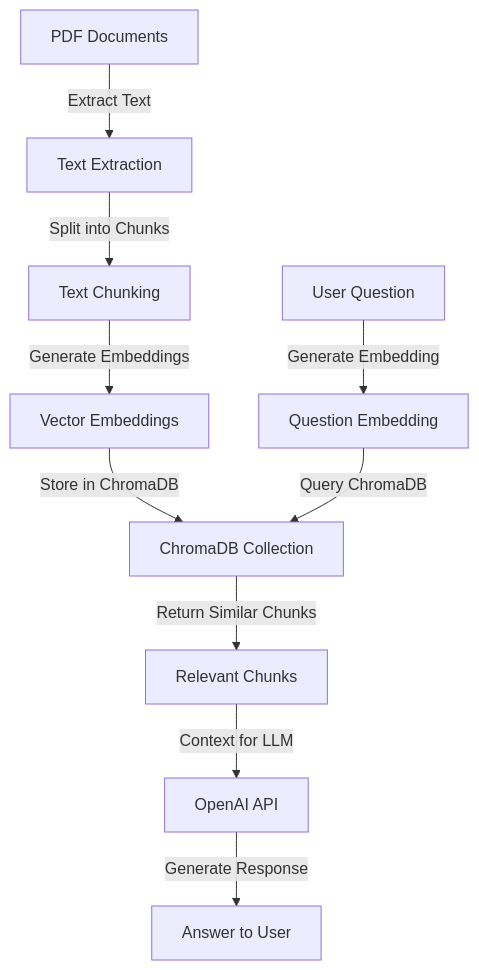
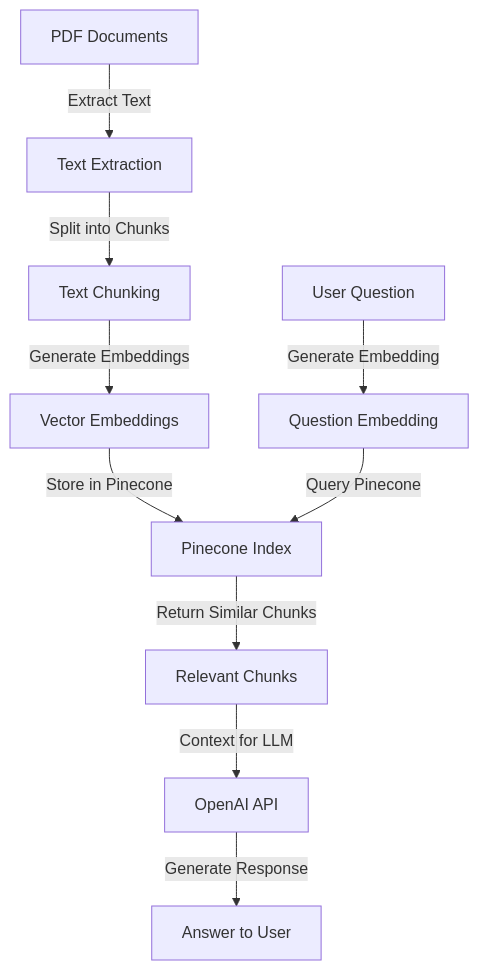
One commit to senthilcaesar/diabetes-nutrition-app changed the diagram in rag/README.md. Above: the diagram before and after it, drawn with Mermaid. The commit also changed other lines of this file and 6 other files, not shown here.

````diff
--- a/rag/README.md
+++ b/rag/README.md
@@ -8,13 +8,13 @@
 ```mermaid
 graph TD
     A[PDF Documents] -->|Extract Text| B[Text Extraction]
     B -->|Split into Chunks| C[Text Chunking]
     C -->|Generate Embeddings| D[Vector Embeddings]
-    D -->|Store in ChromaDB| E[ChromaDB Collection]
+    D -->|Store in Pinecone| E[Pinecone Index]
 
     F[User Question] -->|Generate Embedding| G[Question Embedding]
-    G -->|Query ChromaDB| E
+    G -->|Query Pinecone| E
     E -->|Return Similar Chunks| H[Relevant Chunks]
     H -->|Context for LLM| I[OpenAI API]
     I -->|Generate Response| J[Answer to User]
 ```
````
